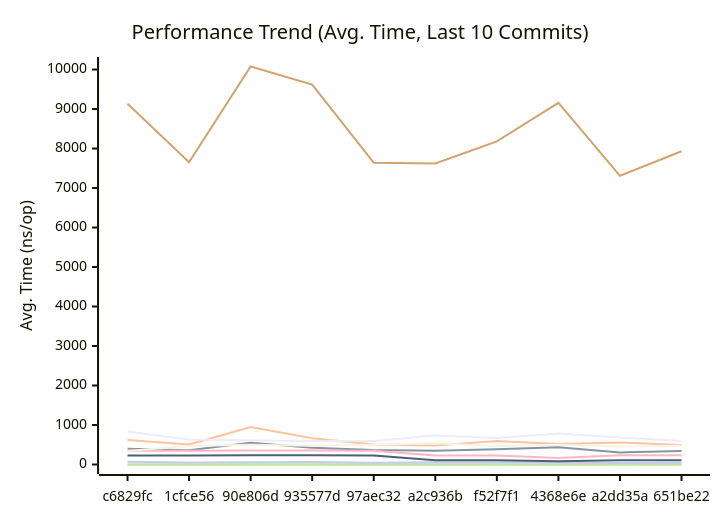
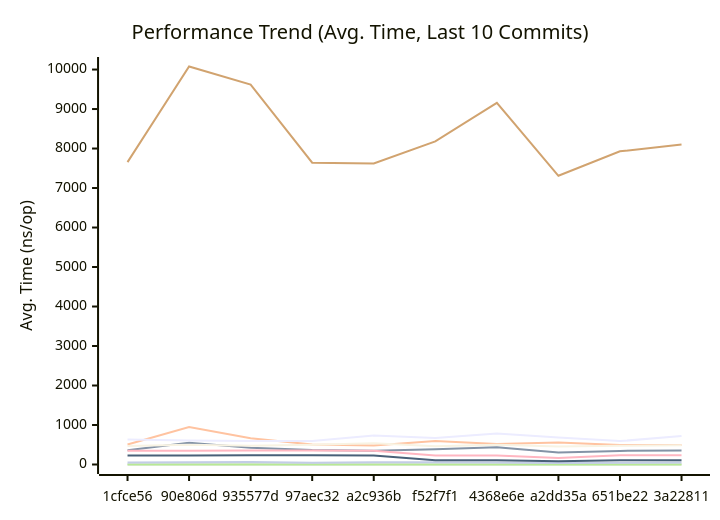
The first of 3 diagrams in docs/PERFORMANCE.md (alsotoes/momo), drawn with Mermaid before and after one commit. The commit also changed other lines of this file and 6 other files, not shown here.

````diff
--- a/docs/PERFORMANCE.md
+++ b/docs/PERFORMANCE.md
@@ -128,18 +128,18 @@
 ```mermaid
 xychart-beta
     title "Performance Trend (Avg. Time, Last 10 Commits)"
     x-axis "Commit"
     y-axis "Avg. Time (ns/op)"
-    x-axis [c6829fc,1cfce56,90e806d,935577d,97aec32,a2c936b,f52f7f1,4368e6e,a2dd35a,651be22]
-    line "CheckMetricsAndSwap" [9,8,11,10,9,8,10,9,10,9]
-    line "CrushOptimized" [396,363,549,426,370,350,388,436,307,344]
-    line "CrushOriginal" [620,506,949,663,507,479,594,516,557,494]
+    x-axis [1cfce56,90e806d,935577d,97aec32,a2c936b,f52f7f1,4368e6e,a2dd35a,651be22,3a22811]
+    line "CheckMetricsAndSwap" [8,11,10,9,8,10,9,10,9,10]
+    line "CrushOptimized" [363,549,426,370,350,388,436,307,344,355]
+    line "CrushOriginal" [506,949,663,507,479,594,516,557,494,491]
     line "IndexDirectTracking" [0,0,0,0,0,0,0,0,0,0]
     line "IndexSearch" [2,2,2,2,2,2,2,2,2,2]
-    line "LoadGlobalConfig" [9134,7656,10077,9618,7642,7622,8182,9158,7310,7930]
-    line "PadString" [67,48,56,64,43,60,54,52,40,46]
+    line "LoadGlobalConfig" [7656,10077,9618,7642,7622,8182,9158,7310,7930,8102]
+    line "PadString" [48,56,64,43,60,54,52,40,46,49]
     line "ParseReplicationOrder_NoPrealloc" [350,349,357,354,345,225,229,165,232,234]
     line "ParseReplicationOrder_Prealloc" [229,231,237,234,229,108,107,80,110,109]
-    line "SanitizeLog/Safe" [342,470,497,475,497,537,464,500,456,475]
-    line "SanitizeLog/Unsafe" [838,634,610,596,597,732,668,782,686,592]
+    line "SanitizeLog/Safe" [470,497,475,497,537,464,500,456,475,487]
+    line "SanitizeLog/Unsafe" [634,610,596,597,732,668,782,686,592,720]
 ```
````
